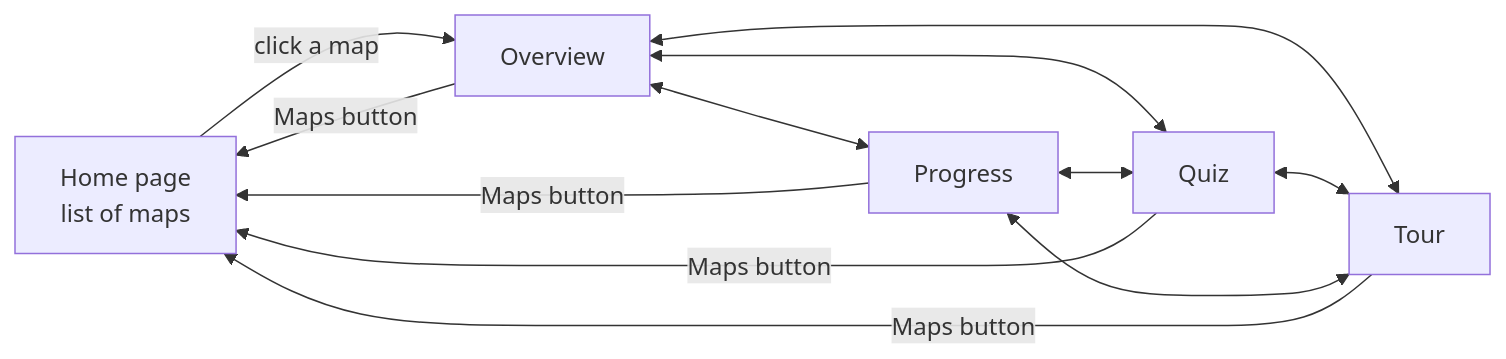
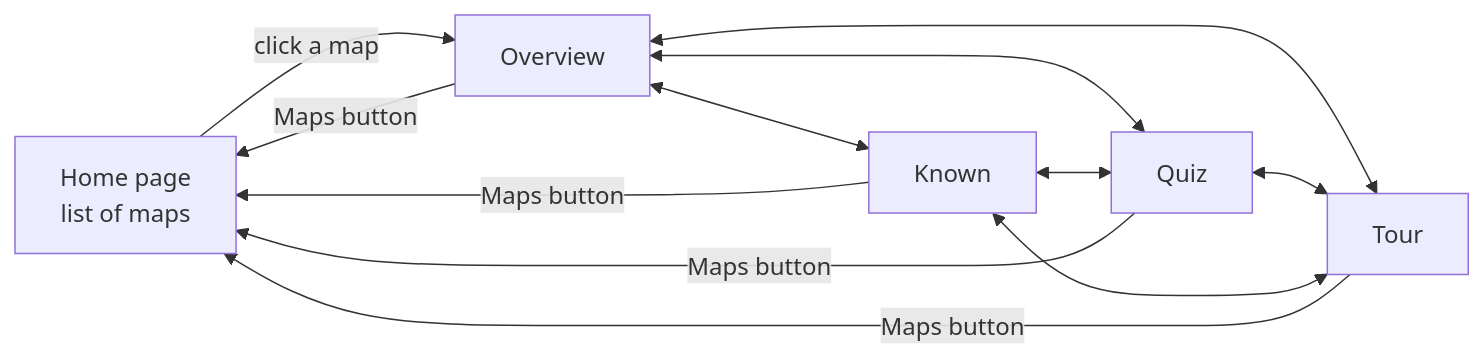
The diagram in docs/USER_MANUAL.md (diegoami/Geoclick2027), drawn with Mermaid before and after one commit. The commit also changed other lines of this file and 46 other files, not shown here.

````diff
--- a/docs/USER_MANUAL.md
+++ b/docs/USER_MANUAL.md
@@ -101,11 +106,11 @@
 ```mermaid
 flowchart LR
     H[Home page<br/>list of maps] -->|click a map| O[Overview]
-    O <--> E[Progress]
+    O <--> E[Known]
     O <--> Q[Quiz]
     O <--> T[Tour]
     E <--> Q
     Q <--> T
     E <--> T
     O & E & Q & T -->|Maps button| H
 ```
````
